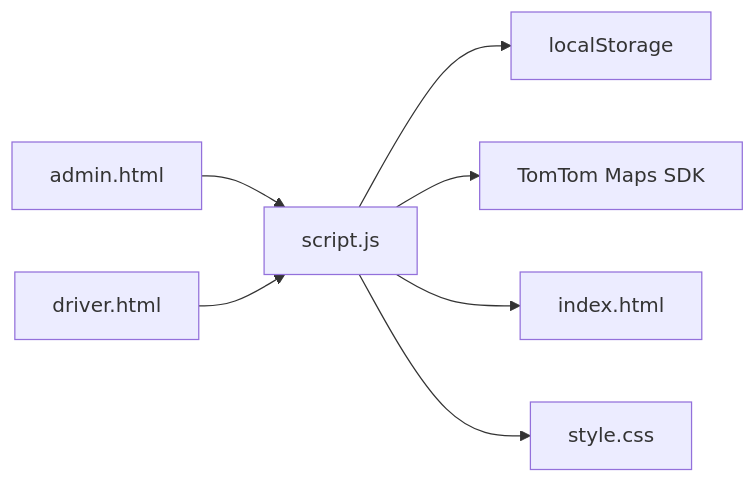
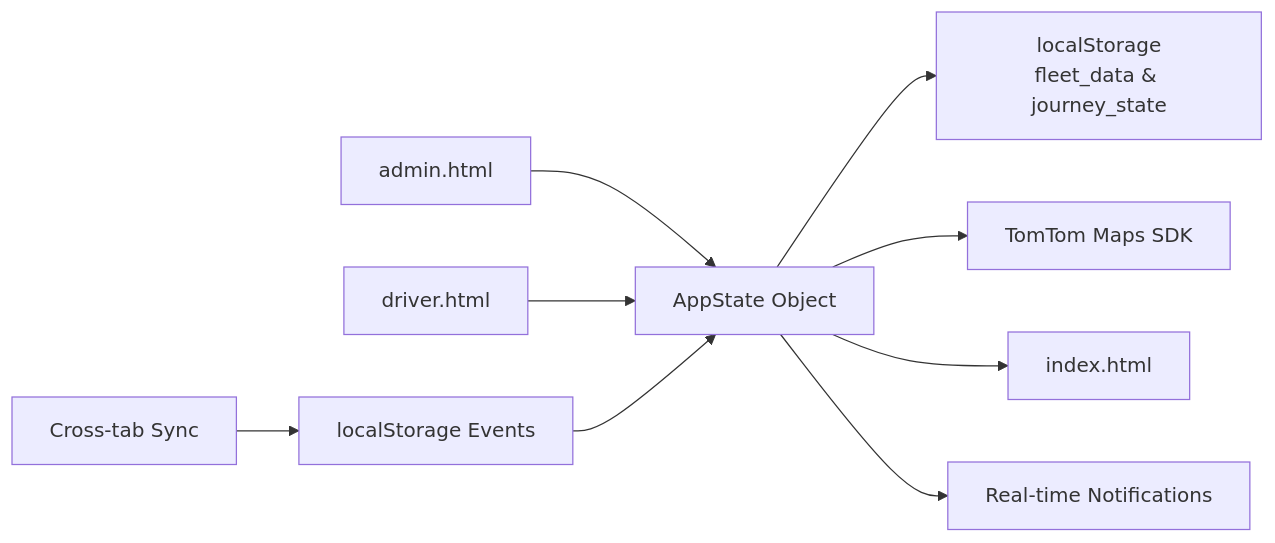
The fifth of 5 diagrams in .qoder/repowiki/en/content/Data Management and Persistence.md (Rehanpatel3858/BusTrack-Pro), drawn with Mermaid before and after one commit. The commit also changed other lines of this file and 7 other files, not shown here.

````diff
--- a/.qoder/repowiki/en/content/Data Management and Persistence.md
+++ b/.qoder/repowiki/en/content/Data Management and Persistence.md
@@ -238,9 +225,11 @@
 ```mermaid
 graph LR
-Script["script.js"] --> LS["localStorage"]
-Script --> MapSDK["TomTom Maps SDK"]
-Script --> HTML["index.html"]
-Script --> CSS["style.css"]
-Admin["admin.html"] --> Script
-Driver["driver.html"] --> Script
+AppState["AppState Object"] --> LS["localStorage<br/>fleet_data & journey_state"]
+AppState --> MapSDK["TomTom Maps SDK"]
+AppState --> HTML["index.html"]
+AppState --> Notifications["Real-time Notifications"]
+Admin["admin.html"] --> AppState
+Driver["driver.html"] --> AppState
+CrossTab["Cross-tab Sync"] --> StorageEvents["localStorage Events"]
+StorageEvents --> AppState
 ```
````
